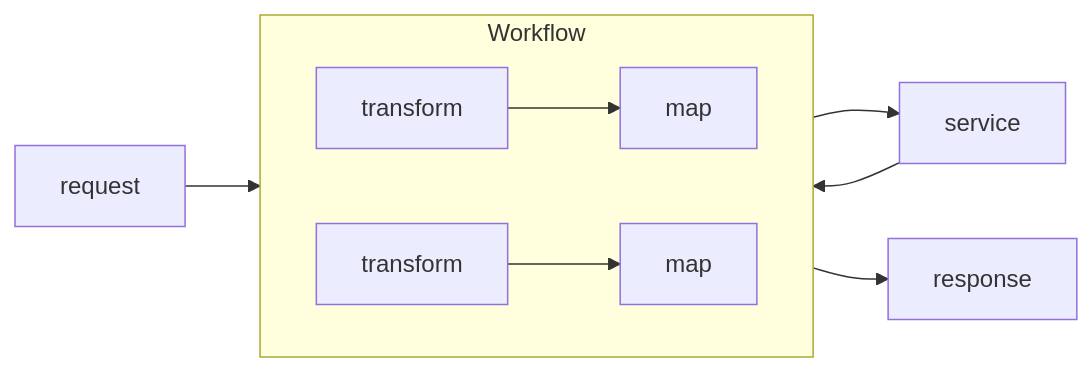
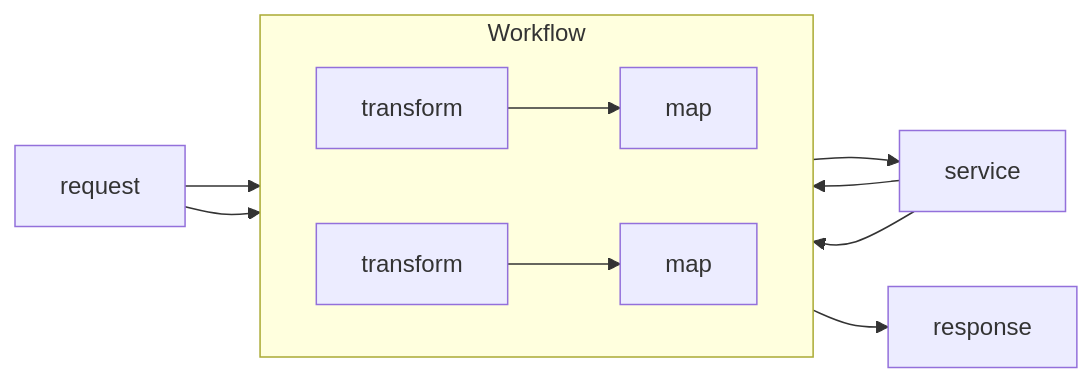
One commit to CodingFlow/service-orchestrator changed the second of 5 diagrams in README.md. Above: the diagram before and after it, drawn with Mermaid. The commit also changed other lines of this file, not shown here.

Commit message:
Update readme with architecture update: transforms as local data sources. Simplies workflow configuration and concepts.

````diff
--- a/README.md
+++ b/README.md
@@ -10,18 +33,20 @@
 ```mermaid
 flowchart LR
     transformRequest["transform"]
     mapRequest["map"]
     transformResponse["transform"]
     mapResponse["map"]
 
     request --> transformRequest
+    request --> mapRequest
     mapRequest --> service
     service --> transformResponse
+    service --> mapResponse
     mapResponse --> response
     
     subgraph Workflow
         direction LR
         transformRequest --> mapRequest
         transformResponse --> mapResponse
     end
 ```
````
